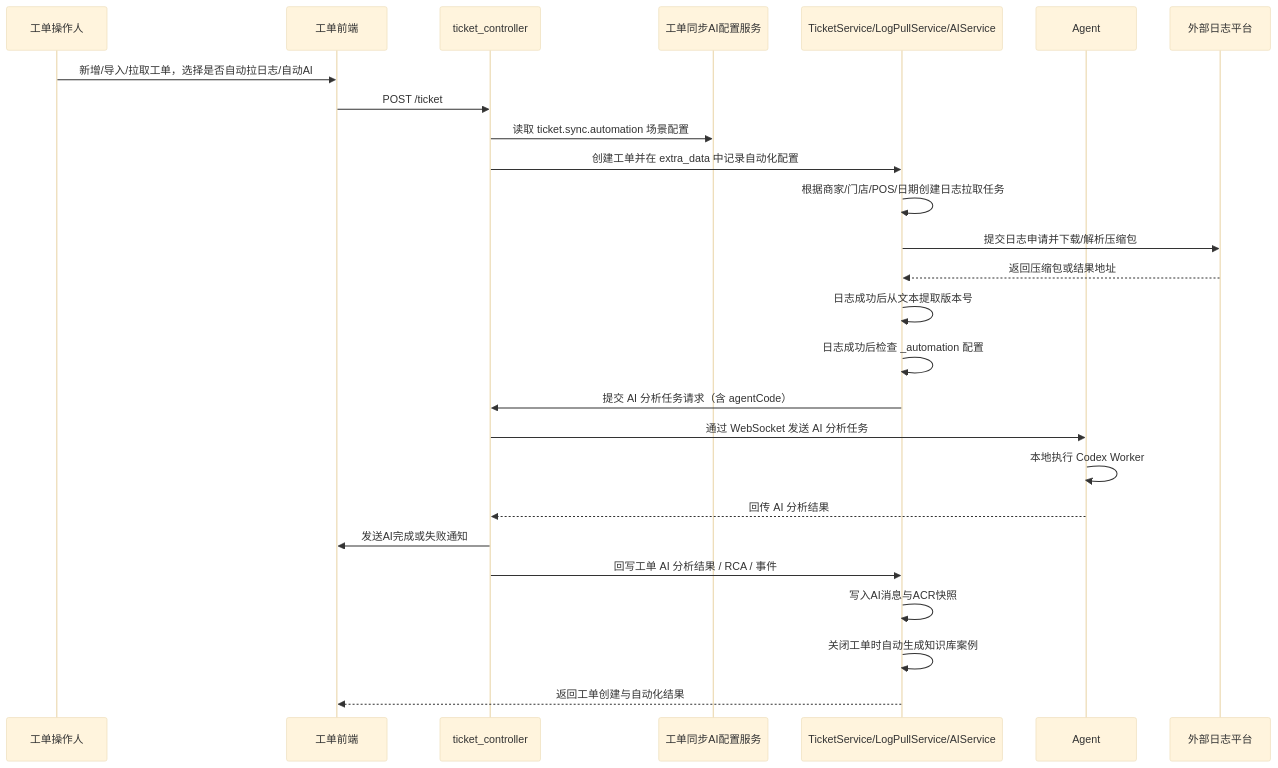
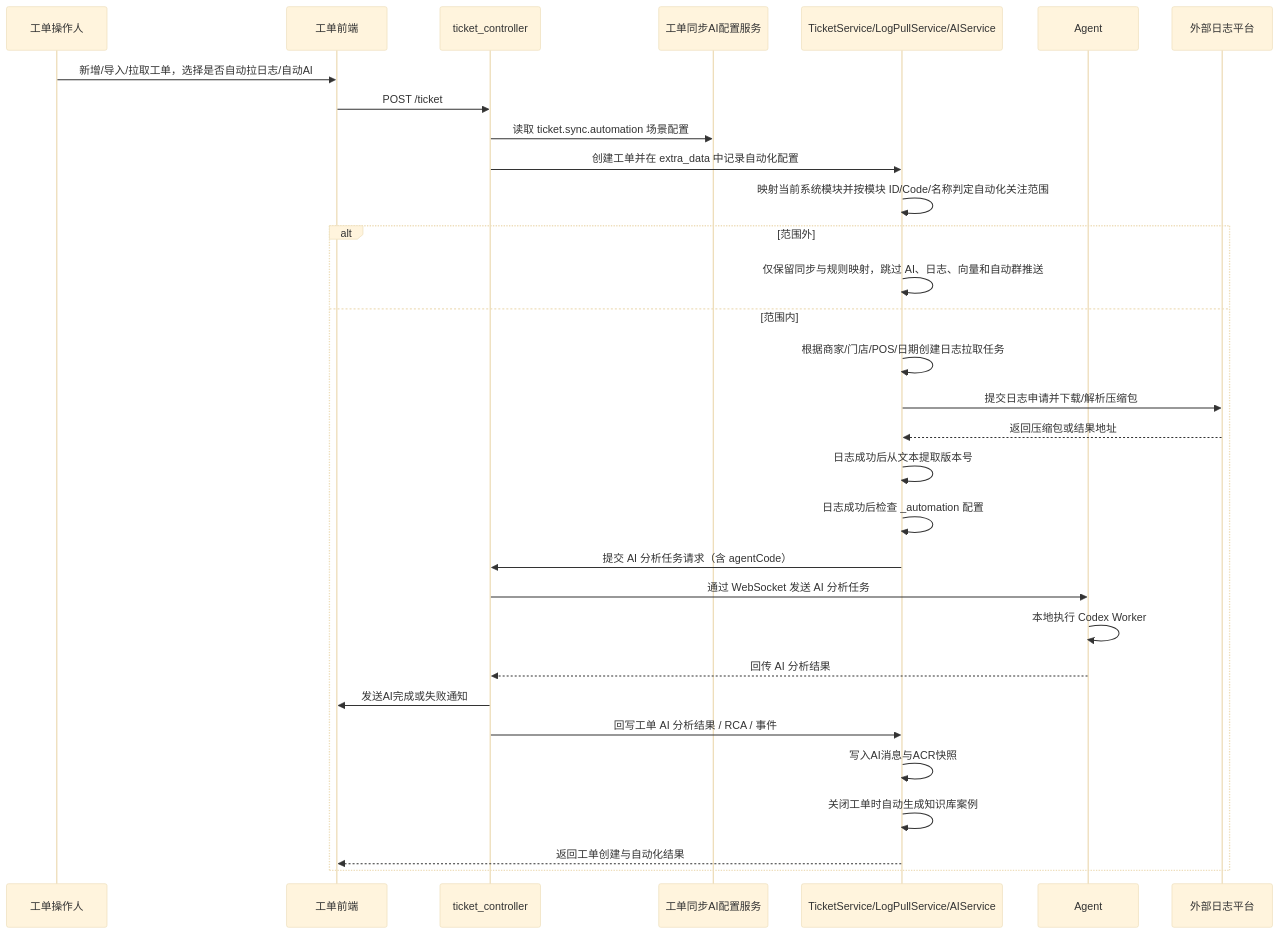
One commit to diaodeng/ApiTestPlatform changed the diagram in wiki/flows/ticket-automation-flow.md. Above: the diagram before and after it, drawn with Mermaid (base theme). The commit also changed other lines of this file and 24 other files, not shown here.

````diff
--- a/wiki/flows/ticket-automation-flow.md
+++ b/wiki/flows/ticket-automation-flow.md
@@ -26,29 +26,34 @@
 ```mermaid
 sequenceDiagram
   participant U as 工单操作人
   participant W as 工单前端
   participant C as ticket_controller
   participant CFG as 工单同步AI配置服务
   participant S as TicketService/LogPullService/AIService
   participant A as Agent
   participant X as 外部日志平台
 
   U->>W: 新增/导入/拉取工单，选择是否自动拉日志/自动AI
   W->>C: POST /ticket
   C->>CFG: 读取 ticket.sync.automation 场景配置
   C->>S: 创建工单并在 extra_data 中记录自动化配置
+  S->>S: 映射当前系统模块并按模块 ID/Code/名称判定自动化关注范围
+  alt 范围外
+    S->>S: 仅保留同步与规则映射，跳过 AI、日志、向量和自动群推送
+  else 范围内
   S->>S: 根据商家/门店/POS/日期创建日志拉取任务
   S->>X: 提交日志申请并下载/解析压缩包
   X-->>S: 返回压缩包或结果地址
   S->>S: 日志成功后从文本提取版本号
   S->>S: 日志成功后检查 _automation 配置
   S->>C: 提交 AI 分析任务请求（含 agentCode）
   C->>A: 通过 WebSocket 发送 AI 分析任务
   A->>A: 本地执行 Codex Worker
   A-->>C: 回传 AI 分析结果
   C->>W: 发送AI完成或失败通知
   C->>S: 回写工单 AI 分析结果 / RCA / 事件
   S->>S: 写入AI消息与ACR快照
   S->>S: 关闭工单时自动生成知识库案例
   S-->>W: 返回工单创建与自动化结果
+  end
 ```
````
